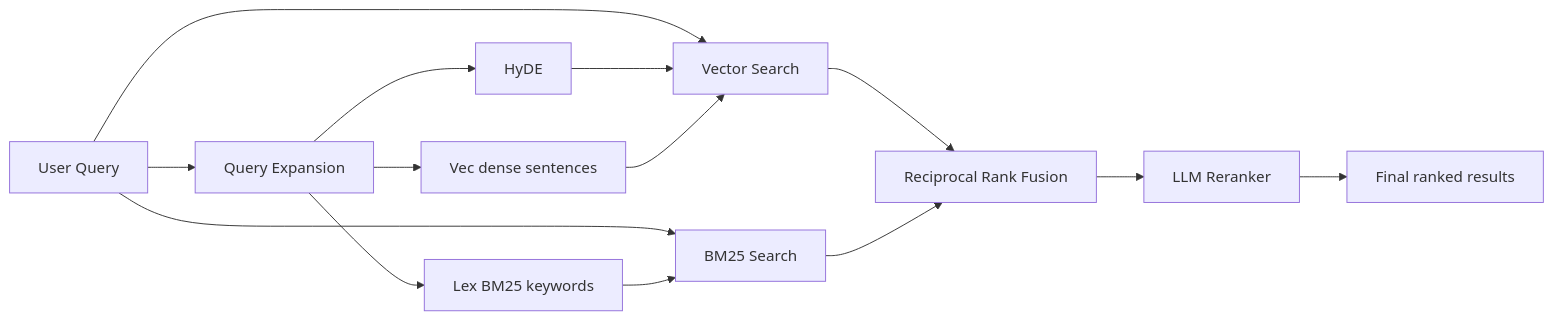
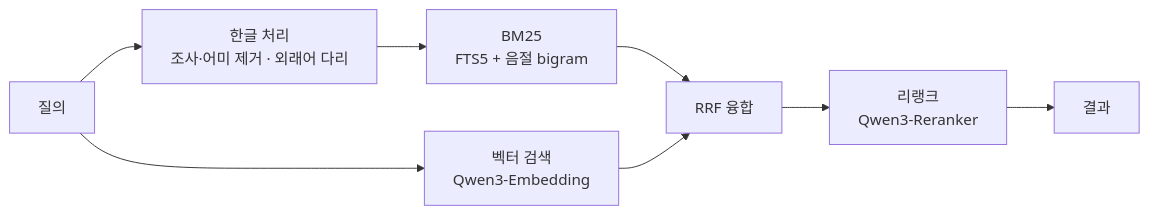
The diagram in README.md (tak-bro/ko-qmd), drawn with Mermaid before and after one commit. The commit also changed other lines of this file and 4 other files, not shown here.

````diff
--- a/README.md
+++ b/README.md
@@ -14,16 +12,10 @@
 ```mermaid
 flowchart LR
-  Q[User Query] --> X[Query Expansion]
-  Q --> FTS[BM25 Search]
-  Q --> VS[Vector Search]
-  X --> HYDE[HyDE]
-  X --> VEC[Vec dense sentences]
-  X --> LEX[Lex BM25 keywords]
-  HYDE --> VS
-  VEC --> VS
-  LEX --> FTS
-  VS --> RRF[Reciprocal Rank Fusion]
-  FTS --> RRF
-  RRF --> RR[LLM Reranker]
-  RR --> OUT[Final ranked results]
+  Q[질의] --> H[한글 처리<br/>조사·어미 제거 · 외래어 다리]
+  H --> FTS[BM25<br/>FTS5 + 음절 bigram]
+  Q --> VS[벡터 검색<br/>Qwen3-Embedding]
+  FTS --> RRF[RRF 융합]
+  VS --> RRF
+  RRF --> RR[리랭크<br/>Qwen3-Reranker]
+  RR --> OUT[결과]
 ```
````
